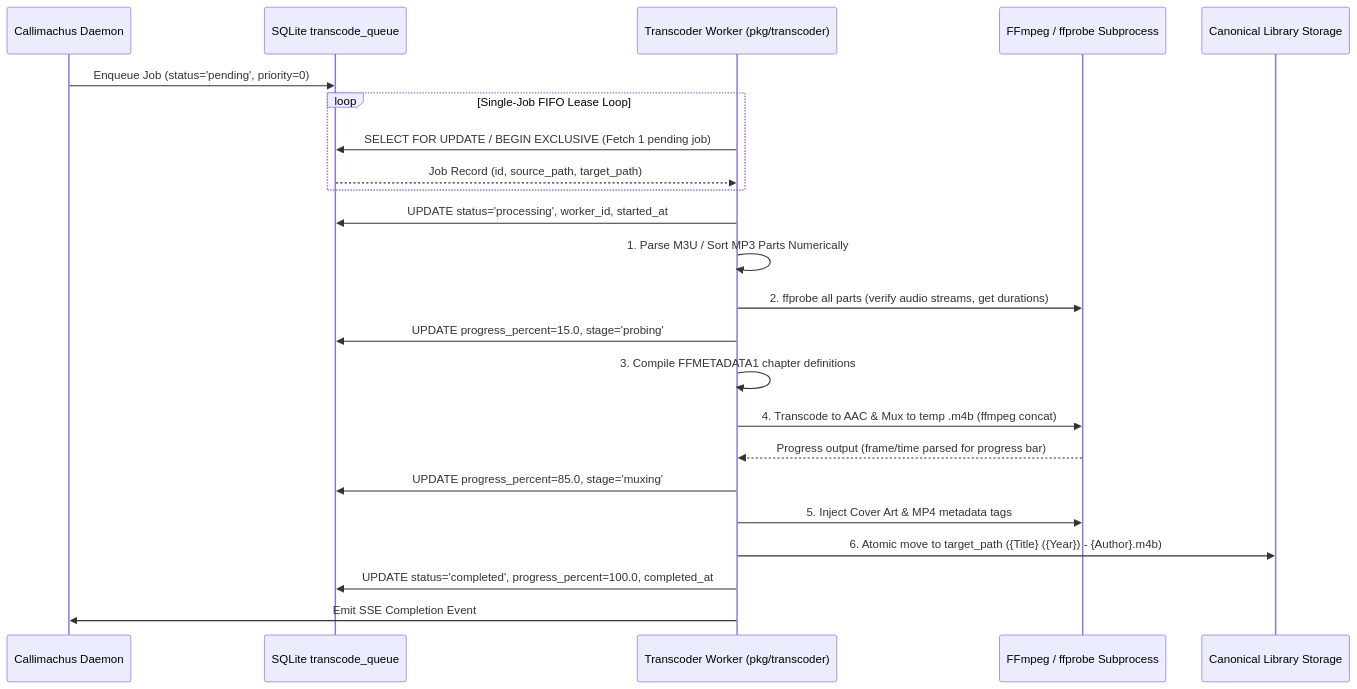
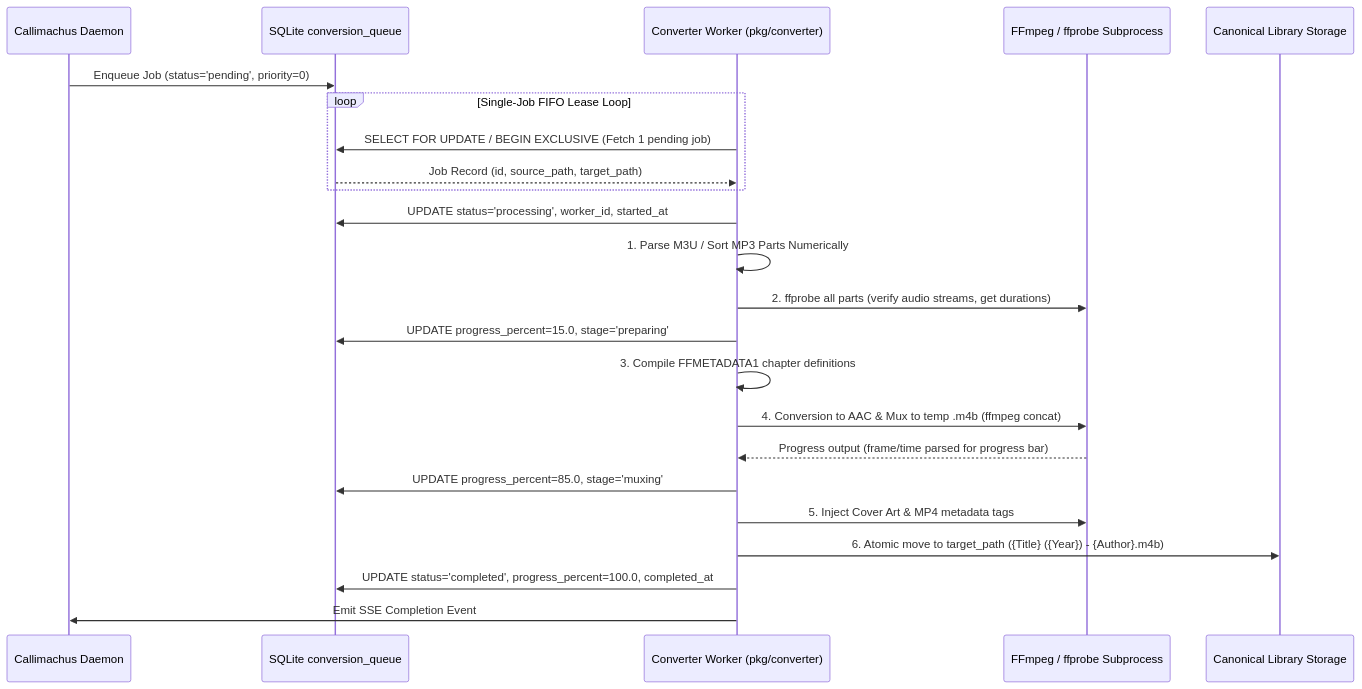
Before and after one commit to t0ggl/callimachus: the third of 5 diagrams in ARCHITECTURE.md, drawn with Mermaid. The commit also changed other lines of this file and 52 other files, not shown here.

````diff
--- a/ARCHITECTURE.md
+++ b/ARCHITECTURE.md
@@ -466,26 +466,26 @@
 ```mermaid
 sequenceDiagram
     participant Main as Callimachus Daemon
-    participant DB as SQLite transcode_queue
-    participant Worker as Transcoder Worker (pkg/transcoder)
+    participant DB as SQLite conversion_queue
+    participant Worker as Converter Worker (pkg/converter)
     participant FFmpeg as FFmpeg / ffprobe Subprocess
     participant Storage as Canonical Library Storage
 
     Main->>DB: Enqueue Job (status='pending', priority=0)
     loop Single-Job FIFO Lease Loop
         Worker->>DB: SELECT FOR UPDATE / BEGIN EXCLUSIVE (Fetch 1 pending job)
         DB-->>Worker: Job Record (id, source_path, target_path)
     end
     Worker->>DB: UPDATE status='processing', worker_id, started_at
     Worker->>Worker: 1. Parse M3U / Sort MP3 Parts Numerically
     Worker->>FFmpeg: 2. ffprobe all parts (verify audio streams, get durations)
-    Worker->>DB: UPDATE progress_percent=15.0, stage='probing'
+    Worker->>DB: UPDATE progress_percent=15.0, stage='preparing'
     Worker->>Worker: 3. Compile FFMETADATA1 chapter definitions
-    Worker->>FFmpeg: 4. Transcode to AAC & Mux to temp .m4b (ffmpeg concat)
+    Worker->>FFmpeg: 4. Conversion to AAC & Mux to temp .m4b (ffmpeg concat)
     FFmpeg-->>Worker: Progress output (frame/time parsed for progress bar)
     Worker->>DB: UPDATE progress_percent=85.0, stage='muxing'
     Worker->>FFmpeg: 5. Inject Cover Art & MP4 metadata tags
     Worker->>Storage: 6. Atomic move to target_path ({Title} ({Year}) - {Author}.m4b)
     Worker->>DB: UPDATE status='completed', progress_percent=100.0, completed_at
     Worker->>Main: Emit SSE Completion Event
 ```
````
